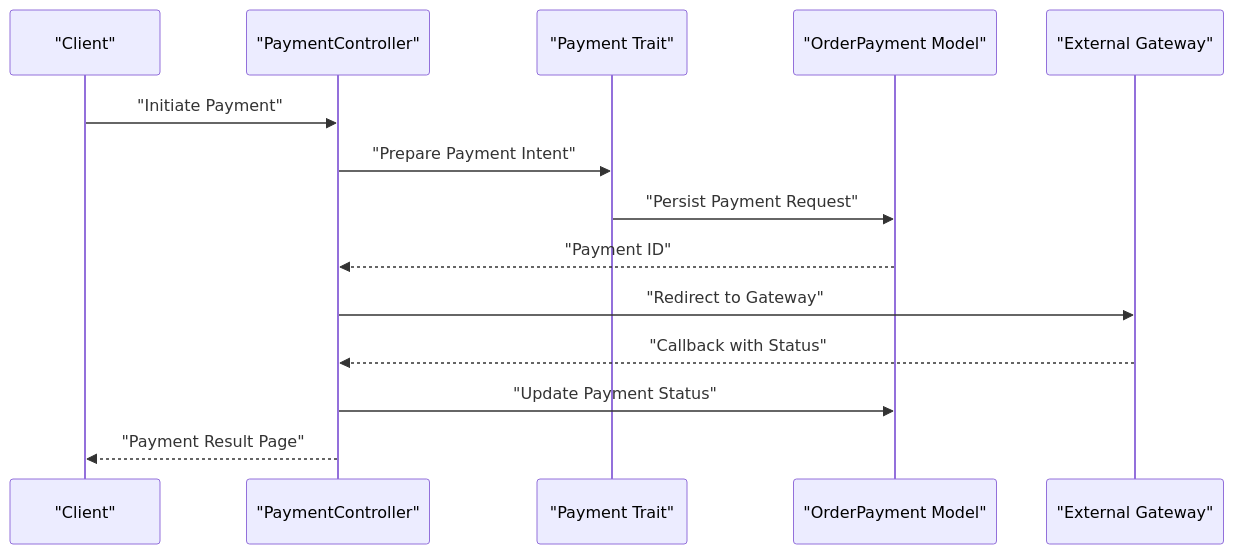
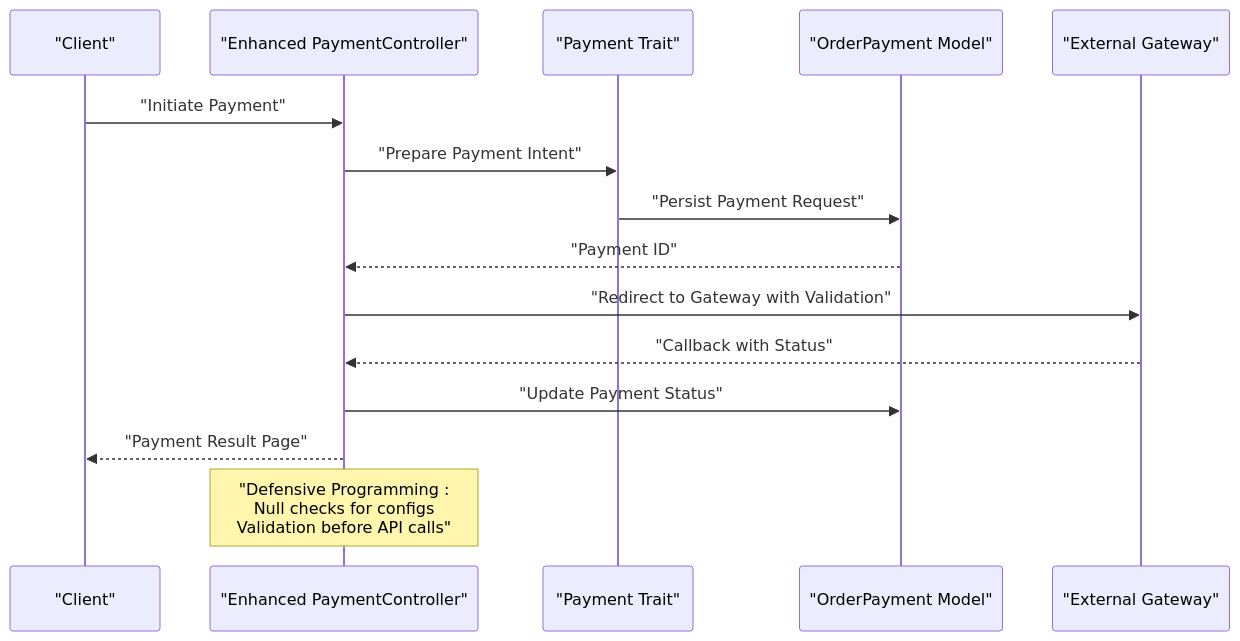
Before and after one commit to Hamdies/waddy_back: the fifth of 10 diagrams in .qoder/repowiki/en/content/Payment Processing System/Payment Processing System.md, drawn with Mermaid. The commit also changed other lines of this file and 4 other files, not shown here.

````diff
--- a/.qoder/repowiki/en/content/Payment Processing System/Payment Processing System.md
+++ b/.qoder/repowiki/en/content/Payment Processing System/Payment Processing System.md
@@ -320,16 +343,17 @@
 ```mermaid
 sequenceDiagram
 participant Client as "Client"
-participant Controller as "PaymentController"
+participant Controller as "Enhanced PaymentController"
 participant Trait as "Payment Trait"
 participant Model as "OrderPayment Model"
 participant Gateway as "External Gateway"
 Client->>Controller : "Initiate Payment"
 Controller->>Trait : "Prepare Payment Intent"
 Trait->>Model : "Persist Payment Request"
 Model-->>Controller : "Payment ID"
-Controller->>Gateway : "Redirect to Gateway"
+Controller->>Gateway : "Redirect to Gateway with Validation"
 Gateway-->>Controller : "Callback with Status"
 Controller->>Model : "Update Payment Status"
 Controller-->>Client : "Payment Result Page"
+Note over Controller : "Defensive Programming : <br/>Null checks for configs<br/>Validation before API calls"
 ```
````
